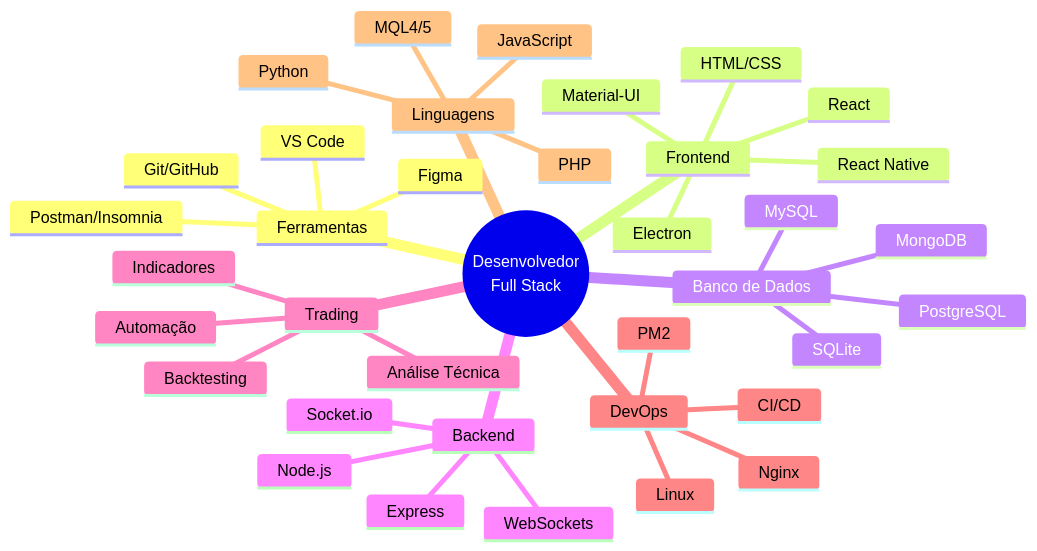
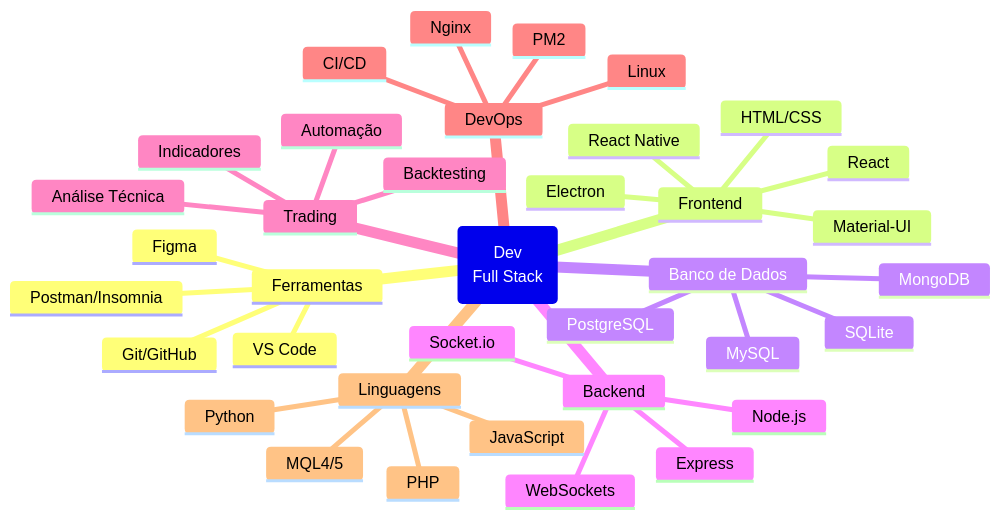
One commit to AlesonPungirum/AlesonPungirum changed the first of 4 diagrams in README.md. Above: the diagram before and after it, drawn with Mermaid.

````diff
--- a/README.md
+++ b/README.md
@@ -38,40 +38,40 @@
 ```mermaid
 mindmap
-  root((Desenvolvedor<br/>Full Stack))
+  root(Dev<br>Full Stack)
     Ferramentas
       Git/GitHub
       VS Code
       Postman/Insomnia
       Figma
     Frontend
       React
       HTML/CSS
       Material-UI
       React Native
       Electron
     Banco de Dados
       MongoDB
       MySQL
       PostgreSQL
       SQLite
     Backend
       Node.js
       Socket.io
       Express
       WebSockets
     Trading
       Automação
       Análise Técnica
       Indicadores
       Backtesting
     DevOps
       PM2
       Linux
       Nginx
       CI/CD
     Linguagens
       MQL4/5
       JavaScript
       Python
       PHP
 ```
````
